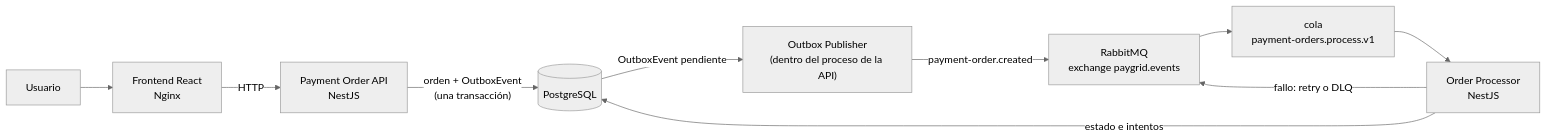
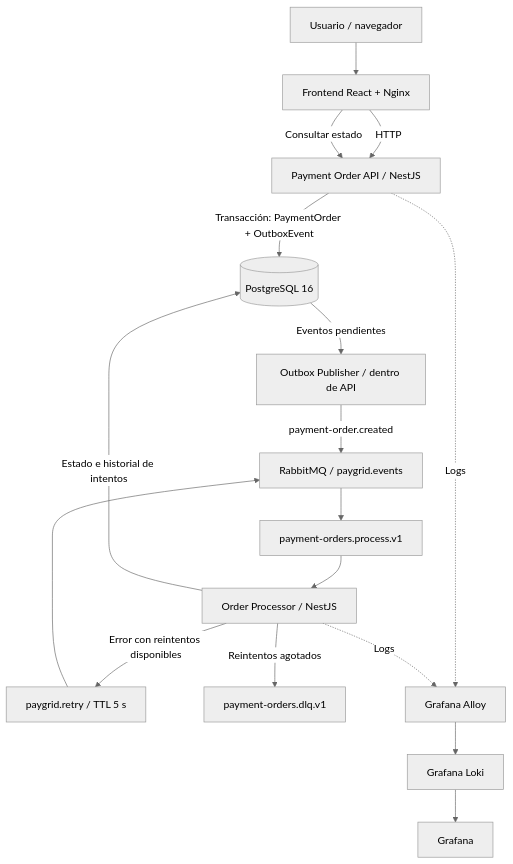
One commit to DanielMarchenaMatarrita/Content-moderation-queue changed the diagram in README.md. Above: the diagram before and after it, drawn with Mermaid (neutral theme). The commit also changed other lines of this file, not shown here.

````diff
--- a/README.md
+++ b/README.md
@@ -39,12 +29,19 @@
 ```mermaid
-flowchart LR
-    U["Usuario"] --> F["Frontend React<br/>Nginx"]
-    F -->|HTTP| A["Payment Order API<br/>NestJS"]
-    A -->|"orden + OutboxEvent<br/>(una transacción)"| DB[(PostgreSQL)]
-    DB -->|"OutboxEvent pendiente"| O["Outbox Publisher<br/>(dentro del proceso de la API)"]
-    O -->|"payment-order.created"| R["RabbitMQ<br/>exchange paygrid.events"]
-    R --> Q["cola<br/>payment-orders.process.v1"]
-    Q --> W["Order Processor<br/>NestJS"]
-    W -->|"estado e intentos"| DB
-    W -->|"fallo: retry o DLQ"| R
+flowchart TB
+    U[Usuario / navegador] --> F[Frontend React + Nginx]
+    F -->|HTTP| A[Payment Order API / NestJS]
+    A -->|Transacción: PaymentOrder + OutboxEvent| DB[(PostgreSQL 16)]
+    DB -->|Eventos pendientes| P[Outbox Publisher / dentro de API]
+    P -->|payment-order.created| X[RabbitMQ / paygrid.events]
+    X --> Q[payment-orders.process.v1]
+    Q --> W[Order Processor / NestJS]
+    W -->|Estado e historial de intentos| DB
+    W -->|Error con reintentos disponibles| R[paygrid.retry / TTL 5 s]
+    R --> X
+    W -->|Reintentos agotados| D[payment-orders.dlq.v1]
+    F -->|Consultar estado| A
+    A -. Logs .-> AL[Grafana Alloy]
+    W -. Logs .-> AL
+    AL --> L[Grafana Loki]
+    L --> G[Grafana]
 ```
````
